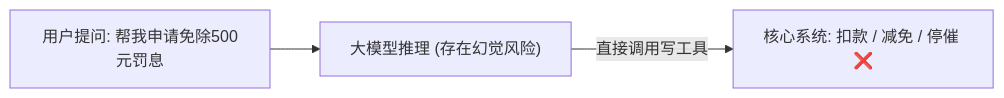
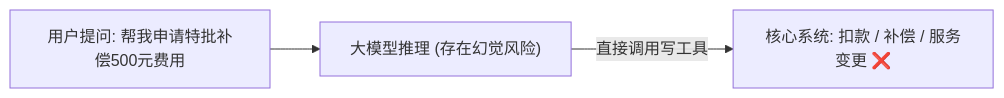
One commit to 1264585648/spring-ai-agentflow changed the first of 2 diagrams in docs/handbook/03-Human-in-the-loop防线：为什么不能让大模型直接拥有“系统写权限”？.md. Above: the diagram before and after it, drawn with Mermaid. The commit also changed other lines of this file and 31 other files, not shown here.

````diff
--- a/docs/handbook/03-Human-in-the-loop防线：为什么不能让大模型直接拥有“系统写权限”？.md
+++ b/docs/handbook/03-Human-in-the-loop防线：为什么不能让大模型直接拥有“系统写权限”？.md
@@ -12,5 +12,5 @@
 ```mermaid
 flowchart LR
-    User["用户提问: 帮我申请免除500元罚息"] --> LLM["大模型推理 (存在幻觉风险)"]
-    LLM -->|直接调用写工具| API["核心系统: 扣款 / 减免 / 停催 ❌"]
+    User["用户提问: 帮我申请特批补偿500元费用"] --> LLM["大模型推理 (存在幻觉风险)"]
+    LLM -->|直接调用写工具| API["核心系统: 扣款 / 补偿 / 服务变更 ❌"]
 ```
````
